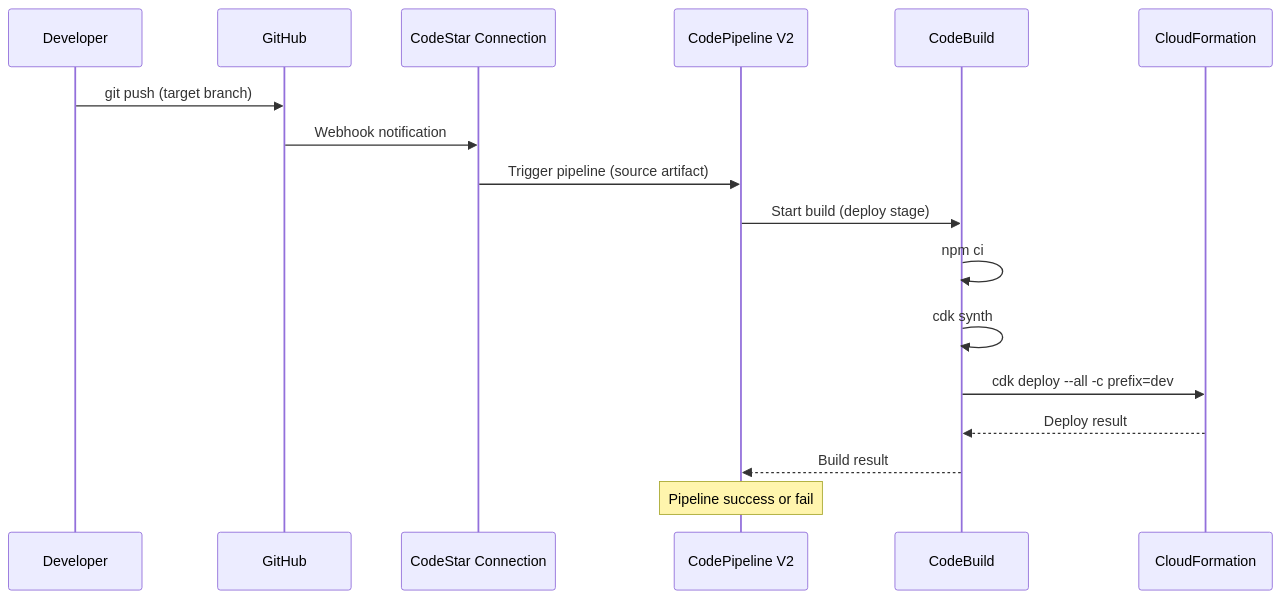
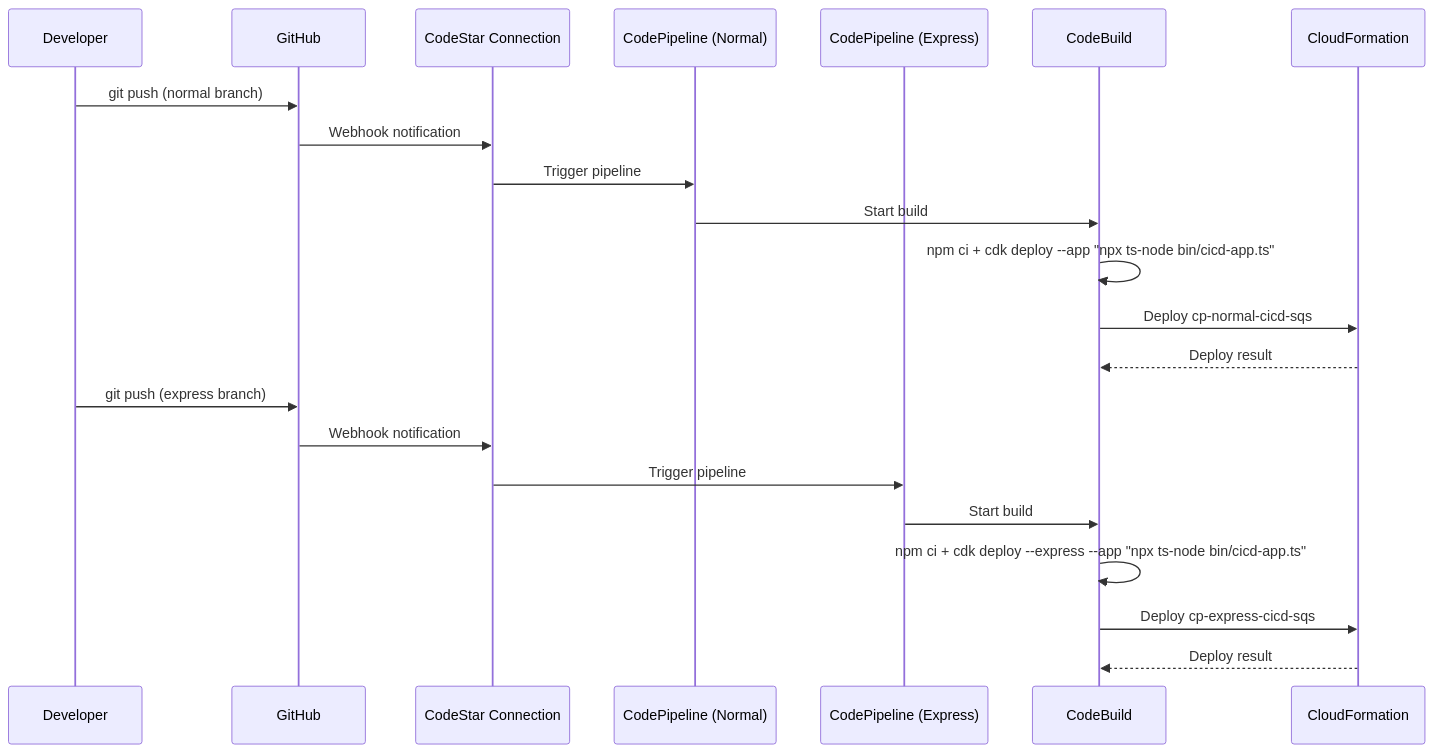
One commit to satoshi256kbyte/cdk-express-mode changed the fourth of 6 diagrams in .kiro/specs/cicd-pipelines/design.md. Above: the diagram before and after it, drawn with Mermaid. The commit also changed other lines of this file and 21 other files, not shown here.

````diff
--- a/.kiro/specs/cicd-pipelines/design.md
+++ b/.kiro/specs/cicd-pipelines/design.md
@@ -186,20 +278,26 @@
 ```mermaid
 sequenceDiagram
     participant Dev as Developer
     participant GH as GitHub
     participant CSTAR as CodeStar Connection
-    participant CP as CodePipeline V2
+    participant CP_N as CodePipeline (Normal)
+    participant CP_E as CodePipeline (Express)
     participant CB as CodeBuild
     participant CF as CloudFormation
 
-    Dev->>GH: git push (target branch)
+    Dev->>GH: git push (normal branch)
     GH->>CSTAR: Webhook notification
-    CSTAR->>CP: Trigger pipeline (source artifact)
-    CP->>CB: Start build (deploy stage)
-    CB->>CB: npm ci
-    CB->>CB: cdk synth
-    CB->>CF: cdk deploy --all -c prefix=dev
+    CSTAR->>CP_N: Trigger pipeline
+    CP_N->>CB: Start build
+    CB->>CB: npm ci + cdk deploy --app "npx ts-node bin/cicd-app.ts"
+    CB->>CF: Deploy cp-normal-cicd-sqs
     CF-->>CB: Deploy result
-    CB-->>CP: Build result
-    Note over CP: Pipeline success or fail
+
+    Dev->>GH: git push (express branch)
+    GH->>CSTAR: Webhook notification
+    CSTAR->>CP_E: Trigger pipeline
+    CP_E->>CB: Start build
+    CB->>CB: npm ci + cdk deploy --express --app "npx ts-node bin/cicd-app.ts"
+    CB->>CF: Deploy cp-express-cicd-sqs
+    CF-->>CB: Deploy result
 ```
````
